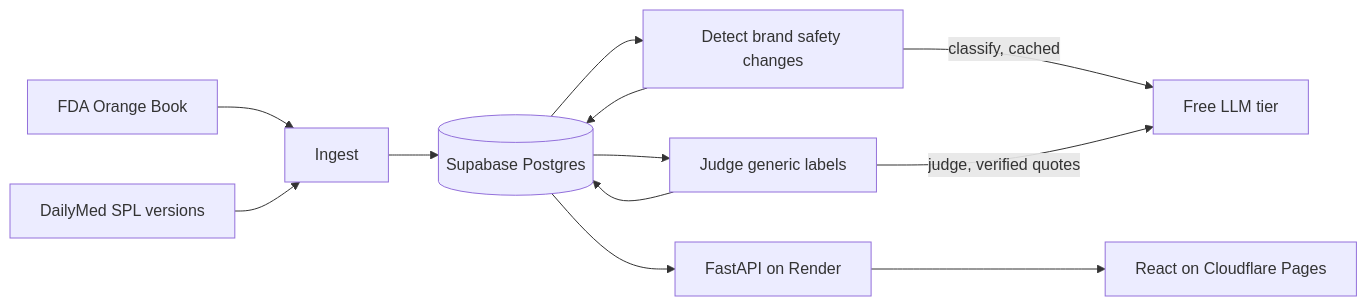
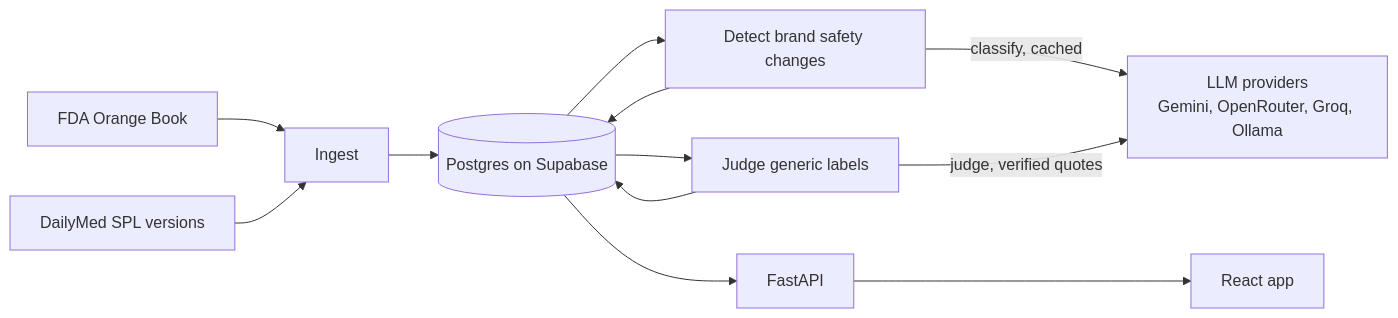
The first of 5 diagrams in README.md (wahidpanda/labelwatch), drawn with Mermaid before and after one commit. The commit also changed other lines of this file, not shown here.

Commit message:
docs(readme): add pipeline, fallback, deployment and data model diagrams

````diff
--- a/README.md
+++ b/README.md
@@ -11,14 +11,14 @@
 ```mermaid
 flowchart LR
   OB[FDA Orange Book] --> I[Ingest]
   DM[DailyMed SPL versions] --> I
-  I --> DB[(Supabase Postgres)]
+  I --> DB[(Postgres on Supabase)]
   DB --> D[Detect brand safety changes]
-  D -->|classify, cached| LLM[Free LLM tier]
+  D -->|classify, cached| LLM[LLM providers<br/>Gemini, OpenRouter, Groq, Ollama]
   D --> DB
   DB --> J[Judge generic labels]
   J -->|judge, verified quotes| LLM
   J --> DB
-  DB --> API[FastAPI on Render]
-  API --> WEB[React on Cloudflare Pages]
+  DB --> API[FastAPI]
+  API --> WEB[React app]
 ```
````
